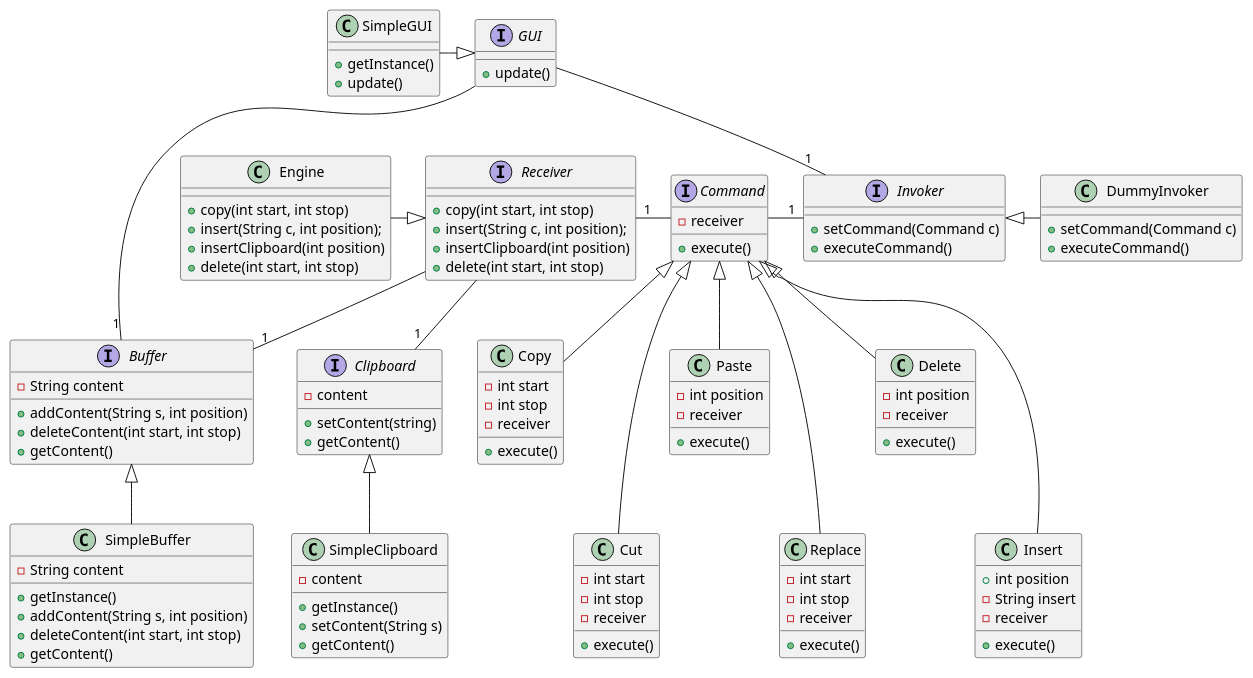
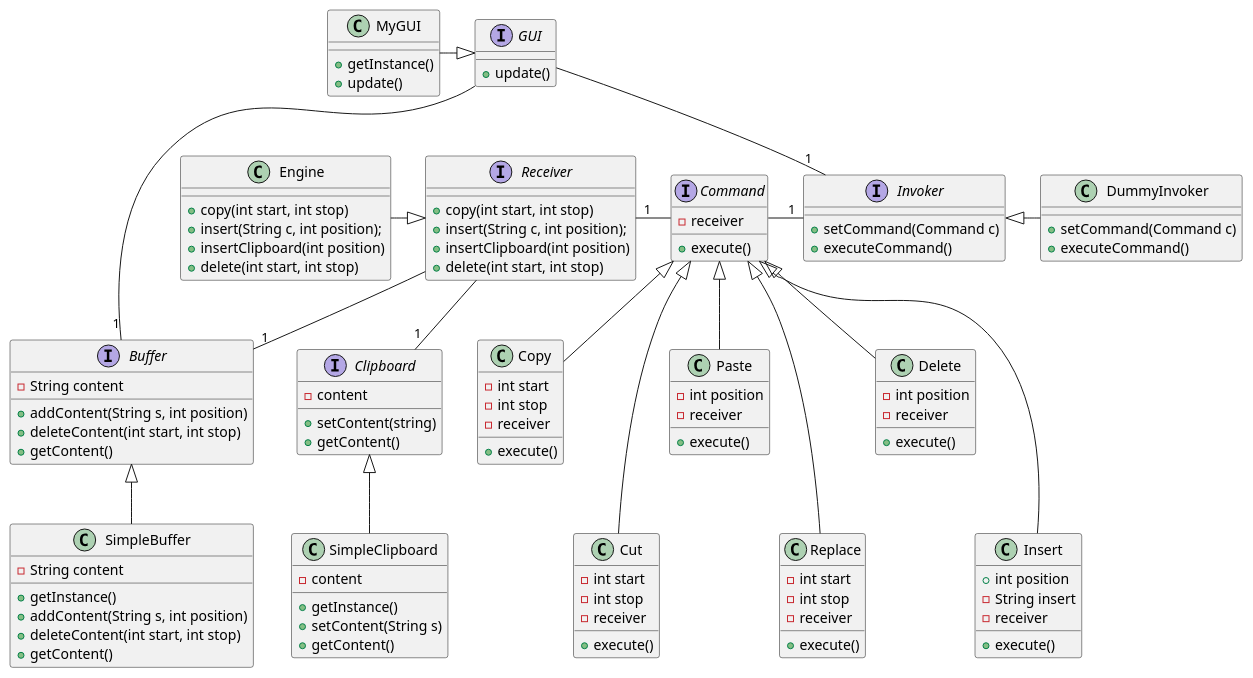
Before and after one commit to Camille-Molinier/text-editor: the diagram in V1/Conception/ClassDiagram.puml, drawn with PlantUML. The commit also changed 30 other files, not shown here.

```diff
--- a/V1/Conception/ClassDiagram.puml
+++ b/V1/Conception/ClassDiagram.puml
@@ -1,139 +1,139 @@
 @startuml
 'https://plantuml.com/class-diagram
 
 interface GUI {
     + update()
 }
 
 interface Invoker {
     + setCommand(Command c)
     + executeCommand()
 }
 
 interface Command {
     - receiver
     + execute()
 }
 
 interface Receiver {
     + copy(int start, int stop)
     + insert(String c, int position);
     + insertClipboard(int position)
     + delete(int start, int stop)
 }
 
 interface Clipboard {
     - content
     + setContent(string)
     + getContent()
 }
 
 interface Buffer {
     - String content
     + addContent(String s, int position)
     + deleteContent(int start, int stop)
     + getContent()
 }
 
-class SimpleGUI {
+class MyGUI {
     + getInstance()
     + update()
 }
 
 class Engine {
       + copy(int start, int stop)
       + insert(String c, int position);
       + insertClipboard(int position)
       + delete(int start, int stop)
 }
 
 
 class Copy {
     - int start
     - int stop
     - receiver
     + execute()
 }
 
 class Cut {
     - int start
     - int stop
     - receiver
     + execute()
 }
 
 class Paste {
     - int position
     - receiver
     + execute()
 }
 
 class Replace {
     - int start
     - int stop
     - receiver
     + execute()
 }
 
 class Delete {
     - int position
     - receiver
     + execute()
 }
 
 class Insert {
     + int position
     - String insert
     - receiver
     + execute()
 }
 
 class SimpleBuffer {
     - String content
     + getInstance()
     + addContent(String s, int position)
     + deleteContent(int start, int stop)
     + getContent()
 }
 
 class SimpleClipboard {
     - content
     + getInstance()
     + setContent(String s)
     + getContent()
 }
 
 class DummyInvoker {
     + setCommand(Command c)
     + executeCommand()
 }
 
 
 GUI --- "1"Buffer
 GUI --"1" Invoker
 
 Receiver "1"- Command
 Receiver -down-"1" Buffer
 Receiver --down"1" Clipboard
 
-SimpleGUI -right|> GUI
+MyGUI -right|> GUI
 
 Engine -right-|> Receiver
 
 Invoker "1"--left Command
 
 
 Copy -up-|> Command
 Paste -up-|> Command
 Replace --up-|> Command
 Delete -up-|> Command
 Cut --up-|> Command
 Insert -up--|> Command
 
 SimpleBuffer -up-|> Buffer
 SimpleClipboard -up-|> Clipboard
 
 DummyInvoker -left|> Invoker
 
 
 @enduml
```
